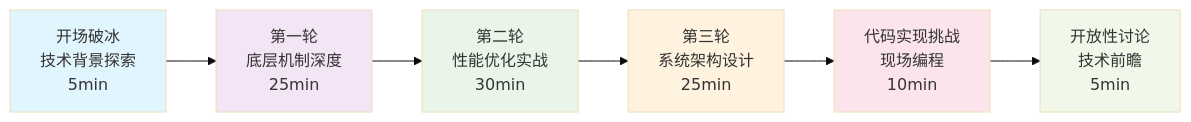
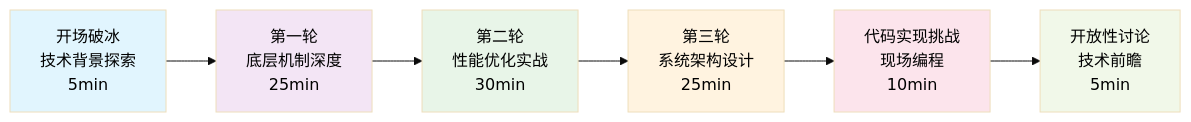
The third of 7 diagrams in ohmy408/datas.bundle/音频开发/1.9b AudioQueue.md (Dtheme/ohmy408), drawn with Mermaid (base theme) before and after one commit. The commit also changed other lines of this file and 7 other files, not shown here.

````diff
--- a/ohmy408/datas.bundle/音频开发/1.9b AudioQueue.md
+++ b/ohmy408/datas.bundle/音频开发/1.9b AudioQueue.md
@@ -75,15 +75,15 @@
 ```mermaid
 graph LR
     A[开场破冰<br/>技术背景探索<br/>5min] --> B[第一轮<br/>底层机制深度<br/>25min]
     B --> C[第二轮<br/>性能优化实战<br/>30min]
     C --> D[第三轮<br/>系统架构设计<br/>25min]
     D --> E[代码实现挑战<br/>现场编程<br/>10min]
     E --> F[开放性讨论<br/>技术前瞻<br/>5min]
     
-    style A fill:#e1f5fe
-    style B fill:#f3e5f5
-    style C fill:#e8f5e8
-    style D fill:#fff3e0
-    style E fill:#fce4ec
-    style F fill:#f1f8e9
+    style A fill:#e1f5fe,color:#000
+    style B fill:#f3e5f5,color:#000
+    style C fill:#e8f5e8,color:#000
+    style D fill:#fff3e0,color:#000
+    style E fill:#fce4ec,color:#000
+    style F fill:#f1f8e9,color:#000
 ```
````
